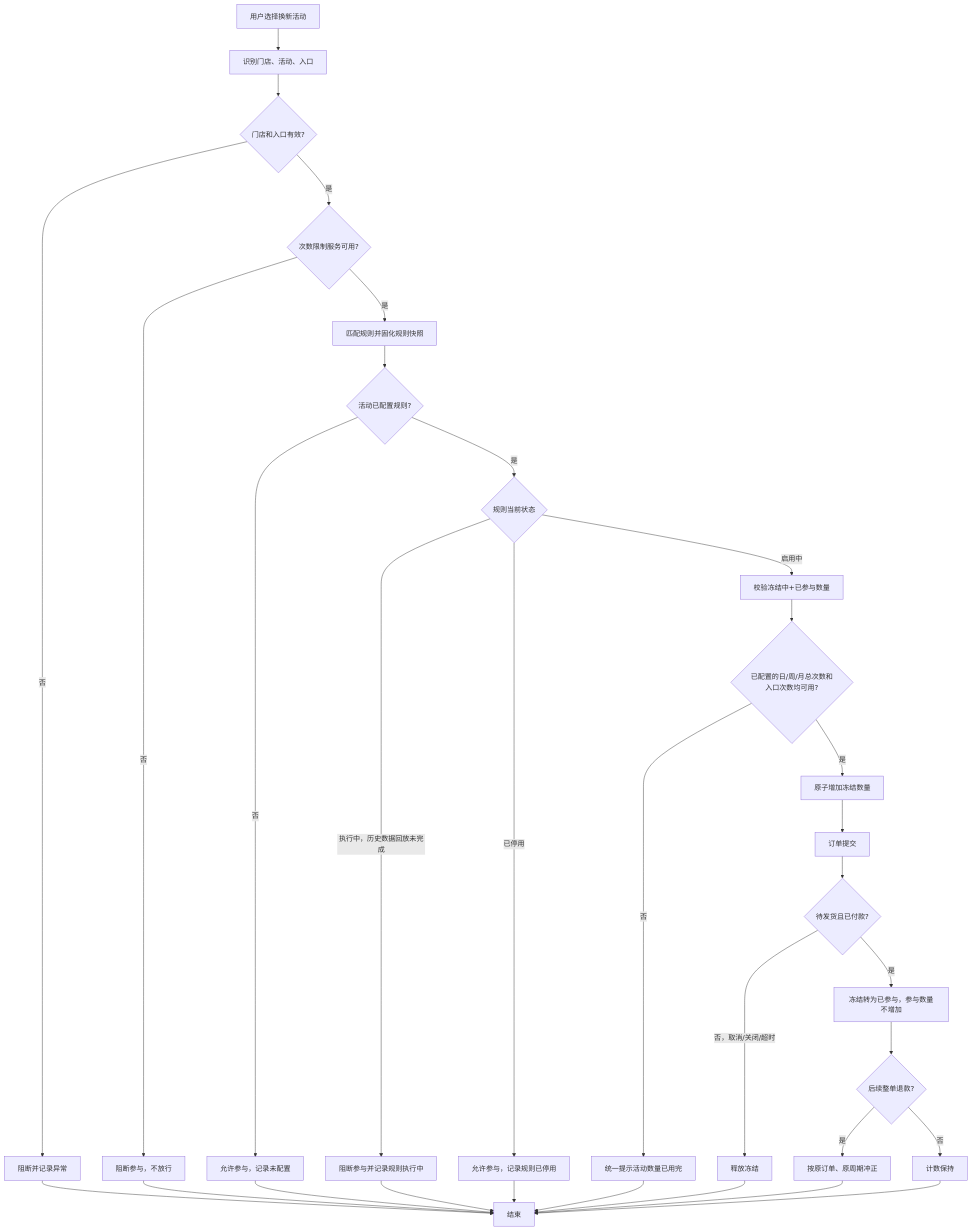
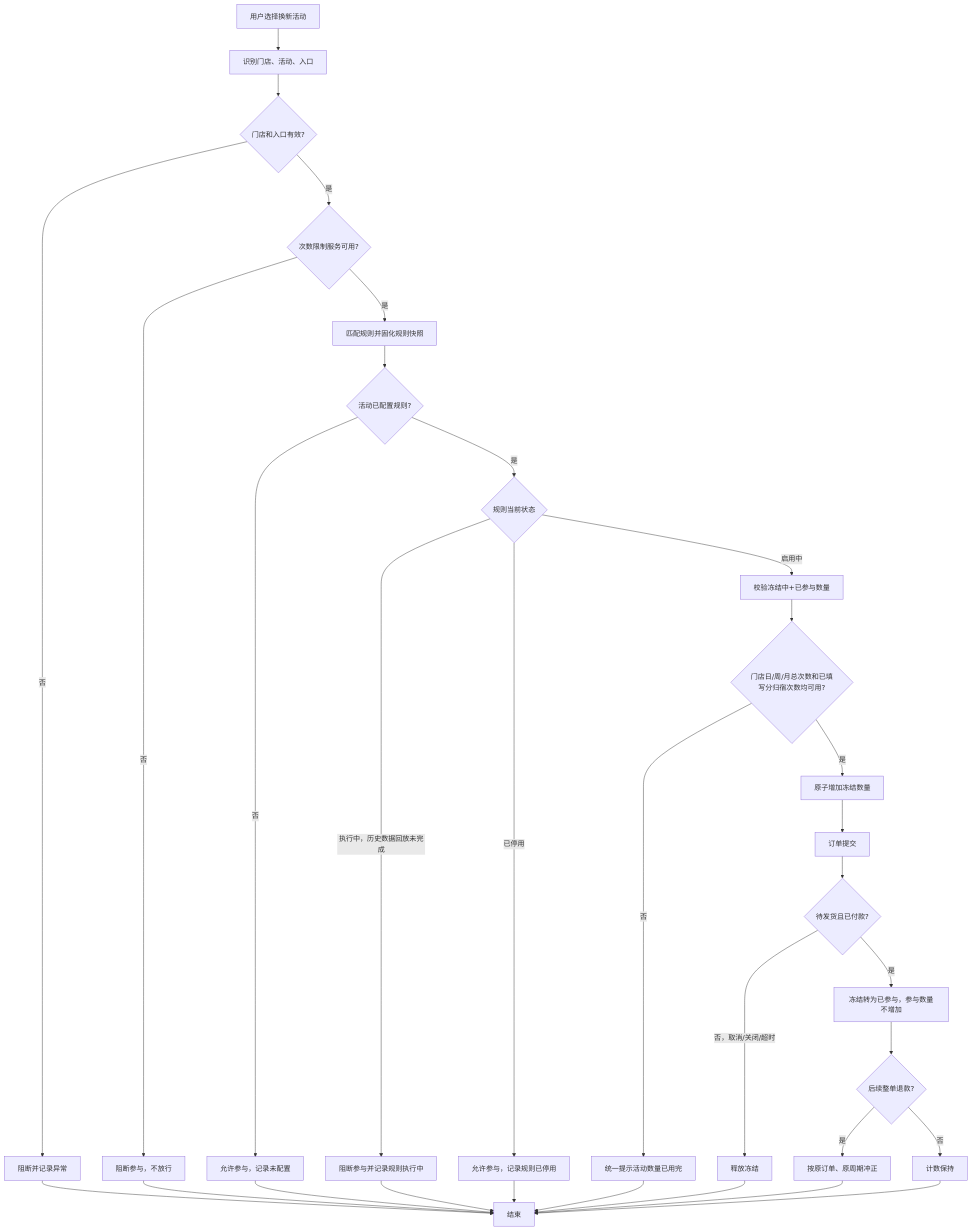
The diagram in prd.md (HBicon/renewal-activity-quota-review), drawn with Mermaid before and after one commit. The commit also changed other lines of this file and 5 other files, not shown here.

````diff
--- a/prd.md
+++ b/prd.md
@@ -554,34 +550,34 @@
 ```mermaid
 flowchart TD
     A[用户选择换新活动] --> B[识别门店、活动、入口]
     B --> C{门店和入口有效?}
     C -- 否 --> C1[阻断并记录异常]
     C -- 是 --> D{次数限制服务可用?}
     D -- 否 --> D1[阻断参与，不放行]
     D -- 是 --> E[匹配规则并固化规则快照]
     E --> F{活动已配置规则?}
     F -- 否 --> F1[允许参与，记录未配置]
     F -- 是 --> F0{规则当前状态}
     F0 -- 执行中，历史数据回放未完成 --> F5[阻断参与并记录规则执行中]
     F0 -- 已停用 --> F1A[允许参与，记录规则已停用]
     F0 -- 启用中 --> G[校验冻结中+已参与数量]
-    G --> H{已配置的日/周/月总次数和入口次数均可用?}
+    G --> H{门店日/周/月总次数和已填写分归宿次数均可用?}
     H -- 否 --> H1[统一提示活动数量已用完]
     H -- 是 --> I[原子增加冻结数量]
     I --> J[订单提交]
     J --> K{待发货且已付款?}
     K -- 否，取消/关闭/超时 --> L[释放冻结]
     K -- 是 --> M[冻结转为已参与，参与数量不增加]
     M --> N{后续整单退款?}
     N -- 是 --> O[按原订单、原周期冲正]
     N -- 否 --> P[计数保持]
     L --> Q[结束]
     H1 --> Q
     C1 --> Q
     F1 --> Q
     F1A --> Q
     F5 --> Q
     D1 --> Q
     O --> Q
     P --> Q
 ```
````
